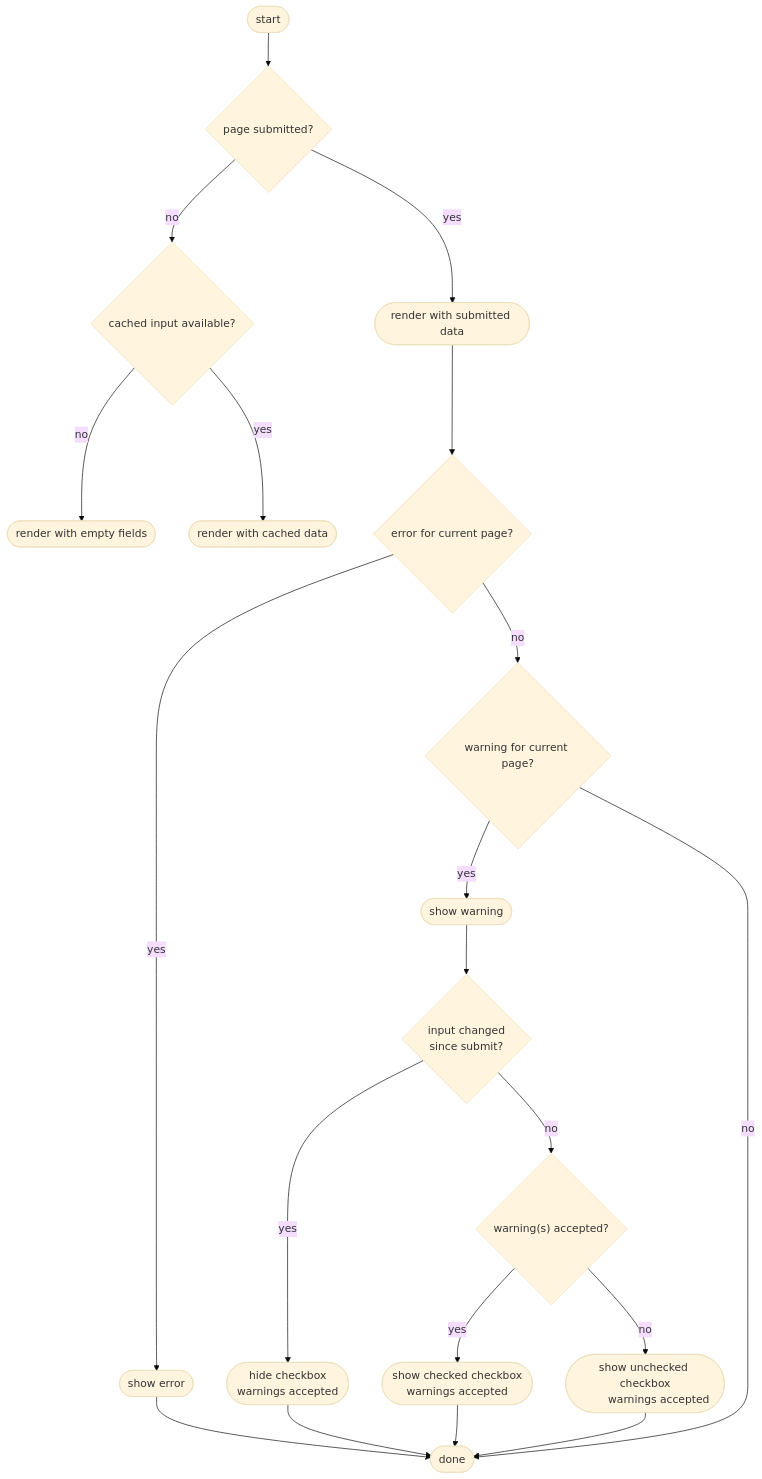
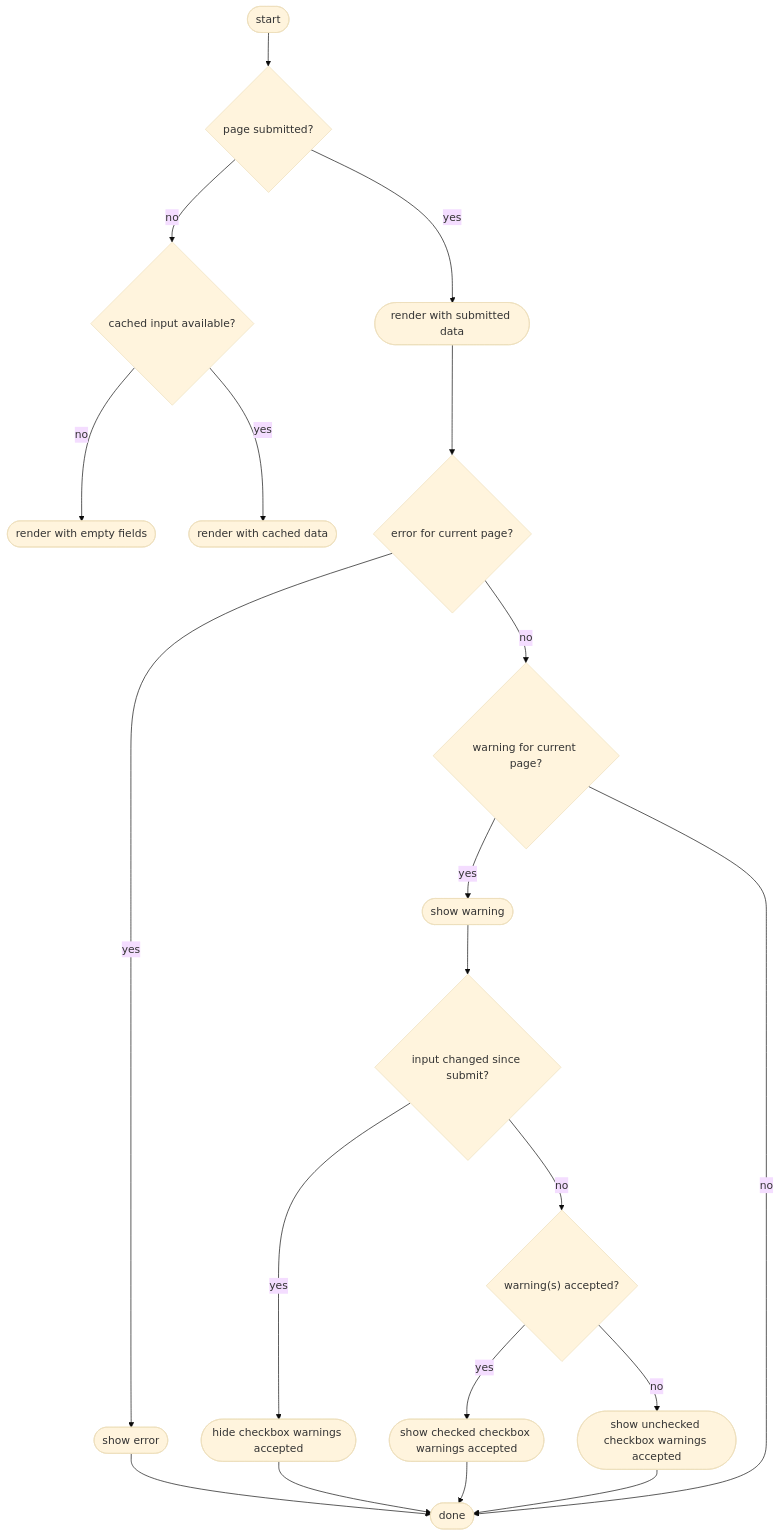
One commit to kiesraad/abacus changed the second of 4 diagrams in documentatie/flowcharts/data-entry-forms.md. Above: the diagram before and after it, drawn with Mermaid (base theme). The commit also changed other lines of this file, not shown here.

First line of the commit message:
Flowchart: Remove line breaks and word 'click'

````diff
--- a/documentatie/flowcharts/data-entry-forms.md
+++ b/documentatie/flowcharts/data-entry-forms.md
@@ -64,54 +62,50 @@
 ```mermaid
 flowchart TD
 
     %% elements
     flow-start([start])
     flow-done([done])
 
     render-empty-fields([render with empty fields])
     render-cached-data([render with cached data])
 
     render-submitted-data([render with submitted data])
 
     show-error([show error])
-    hide-checkbox-accepted(["hide checkbox
-        warnings accepted"])
+    hide-checkbox-accepted(["hide checkbox warnings accepted"])
     show-warning([show warning])
-    show-checked-accepted(["show checked checkbox
-        warnings accepted"])
-    show-unchecked-accepted(["show unchecked checkbox
-        warnings accepted"])
+    show-checked-accepted(["show checked checkbox warnings accepted"])
+    show-unchecked-accepted(["show unchecked checkbox warnings accepted"])
 
     page-submitted{page submitted?}
     error-cur-page{error for current page?}
     warning-cur-page{warning for current page?}
     cached-input-available{cached input available?}
-    input-changed{"input changed
-        since submit?"}
+    input-changed{"input changed since submit?"}
     warning-accepted{"warning(s) accepted?"}
 
     %% flow
     flow-start --> page-submitted
 
     page-submitted -- no --> cached-input-available
     cached-input-available -- yes --> render-cached-data
     cached-input-available -- no --> render-empty-fields
     page-submitted -- yes --> render-submitted-data
     
     render-submitted-data --> error-cur-page
 
     error-cur-page -- yes --> show-error
     show-error --> flow-done
     error-cur-page -- no --> warning-cur-page
 
     warning-cur-page -- yes --> show-warning
     show-warning --> input-changed
     input-changed -- yes --> hide-checkbox-accepted
     hide-checkbox-accepted --> flow-done
     input-changed -- no --> warning-accepted
     warning-accepted -- yes --> show-checked-accepted
     warning-accepted -- no --> show-unchecked-accepted
     show-checked-accepted --> flow-done
     show-unchecked-accepted --> flow-done
     warning-cur-page -- no --> flow-done
 ```
````
